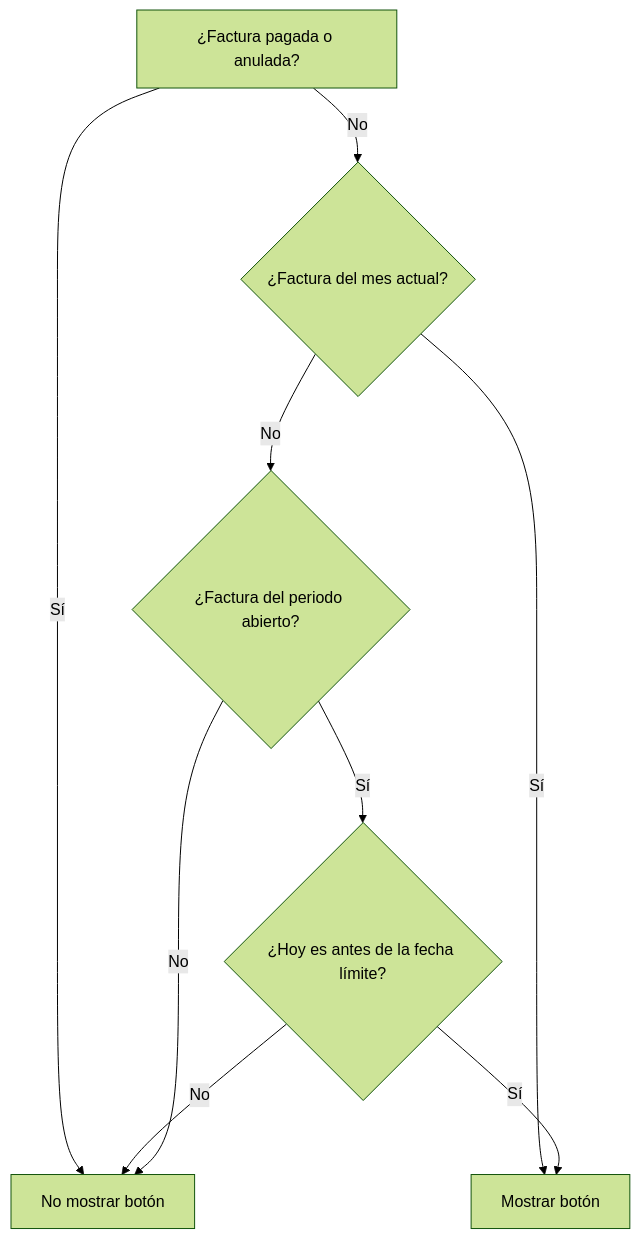
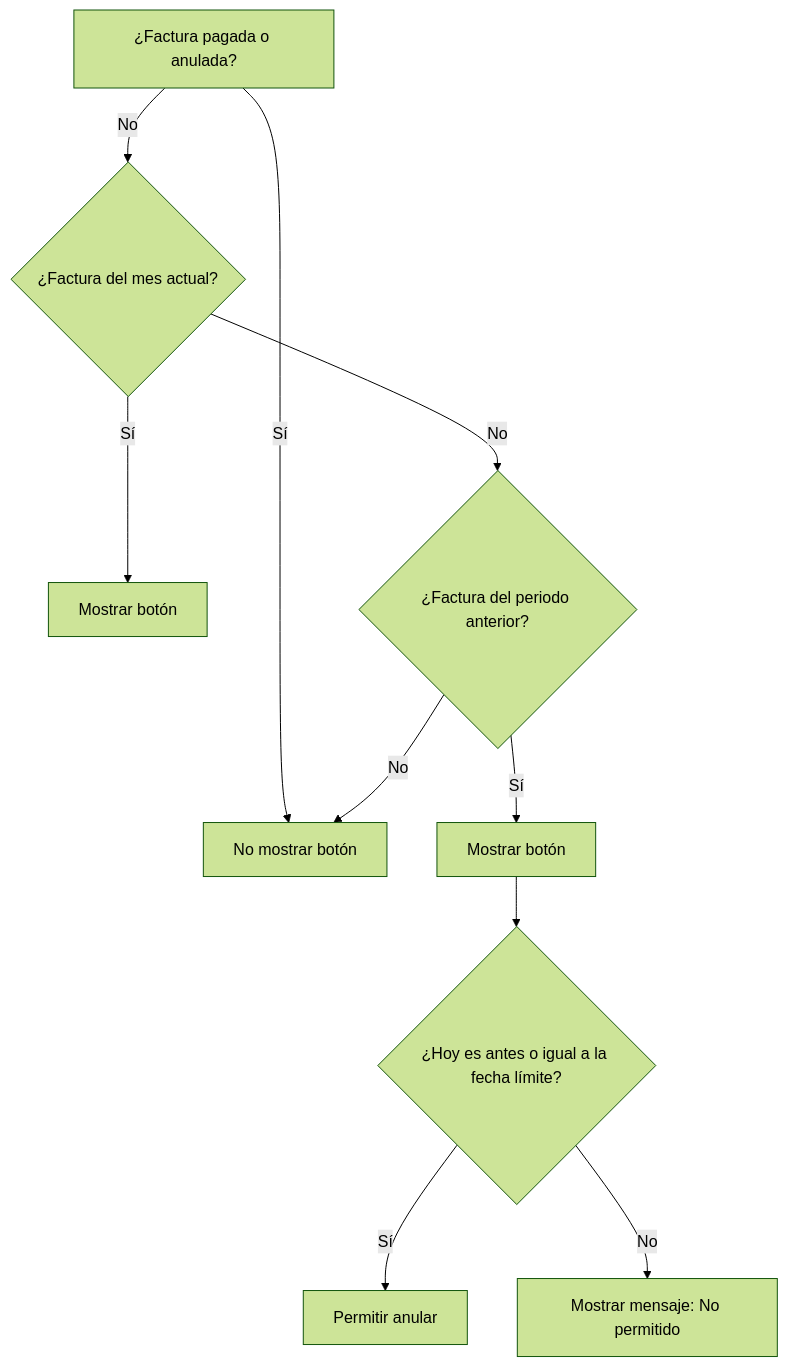
One commit to wilmix/hergo changed the diagram in assets/hergo/facturacion/LOGICA_ANULACION.md. Above: the diagram before and after it, drawn with Mermaid (forest theme). The commit also changed other lines of this file and 1 other file, not shown here.

Commit message:
Lógica de anulación: el botón se muestra siempre para mes actual y anterior, restricción de fecha límite solo al hacer clic. Documentación y diagrama actualizados para reflejar el flujo real.

````diff
--- a/assets/hergo/facturacion/LOGICA_ANULACION.md
+++ b/assets/hergo/facturacion/LOGICA_ANULACION.md
@@ -62,11 +68,12 @@
 ```mermaid
 flowchart TD
     A["¿Factura pagada o anulada?"] -- "Sí" --> B["No mostrar botón"]
     A -- "No" --> C{"¿Factura del mes actual?"}
     C -- "Sí" --> D["Mostrar botón"]
-    C -- "No" --> E{"¿Factura del periodo abierto?"}
-    E -- "Sí" --> F{"¿Hoy es antes de la fecha límite?"}
-    F -- "Sí" --> D
-    F -- "No" --> B
+    C -- "No" --> E{"¿Factura del periodo anterior?"}
+    E -- "Sí" --> F["Mostrar botón"]
+    F --> G{"¿Hoy es antes o igual a la fecha límite?"}
+    G -- "Sí" --> H["Permitir anular"]
+    G -- "No" --> I["Mostrar mensaje: No permitido"]
     E -- "No" --> B
 ```
````
